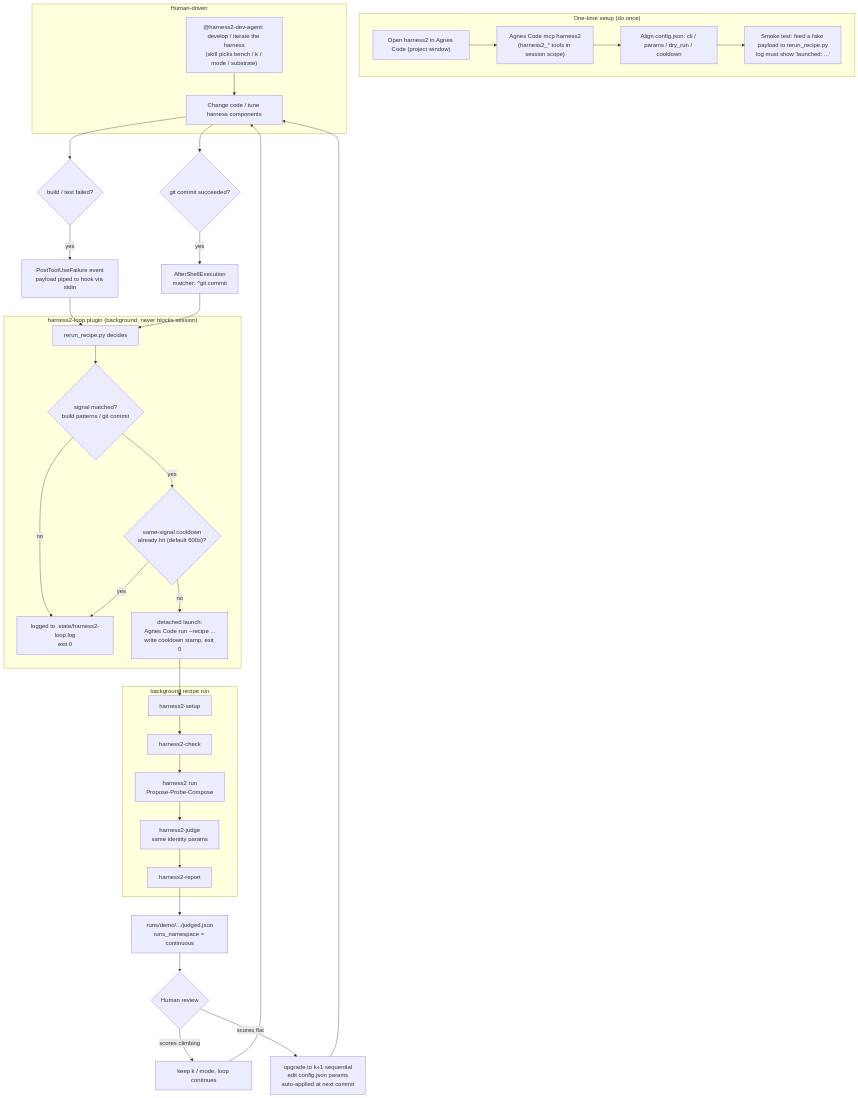
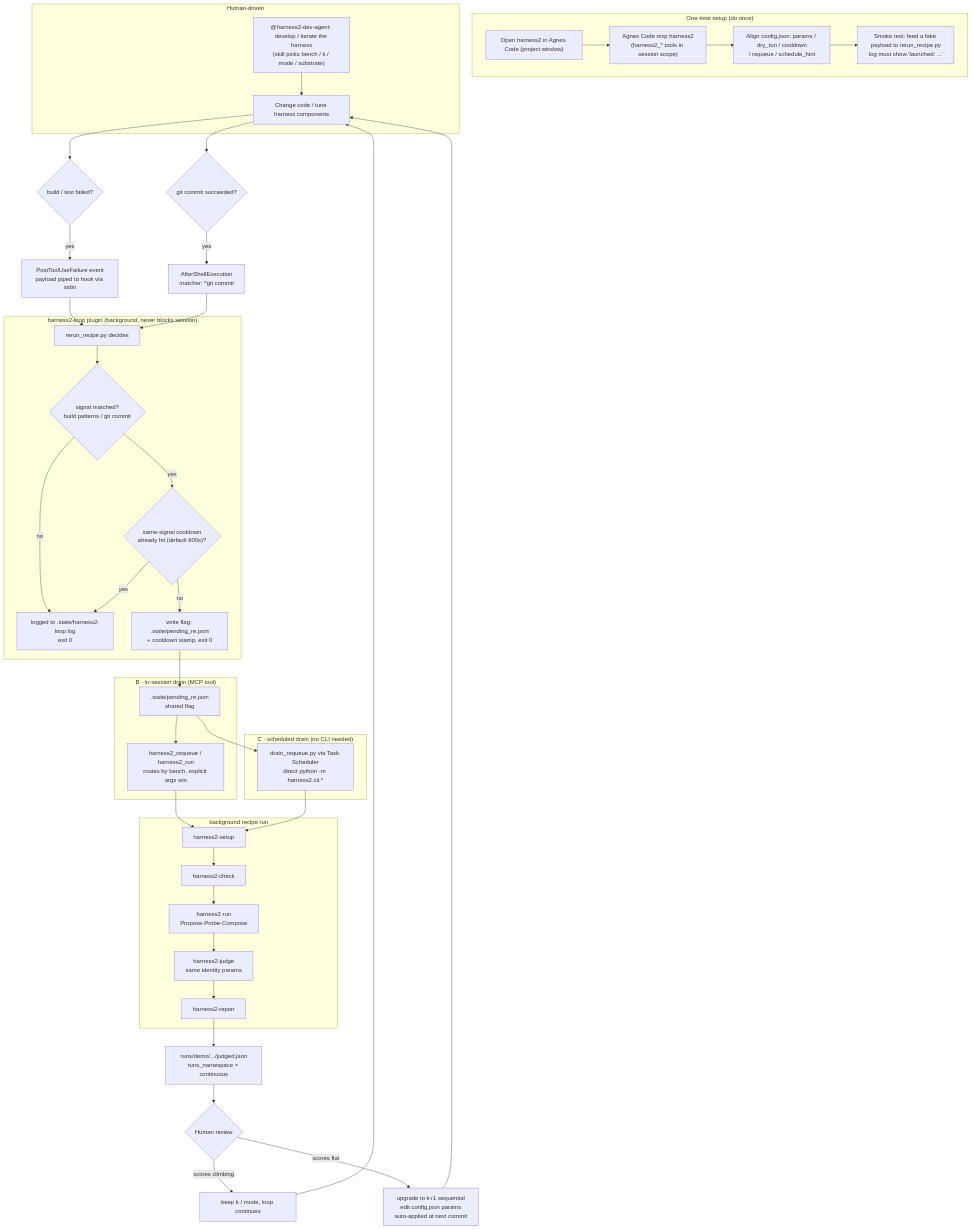
The first of 2 diagrams in .Agnes Code/plugins/harness2-loop/README.md (Chun-Chieh-Chang/harness2-mcp), drawn with Mermaid before and after one commit. The commit also changed other lines of this file and 6 other files, not shown here.

````diff
--- a/.Agnes Code/plugins/harness2-loop/README.md
+++ b/.Agnes Code/plugins/harness2-loop/README.md
@@ -65,40 +81,49 @@
 ```mermaid
 flowchart TD
     subgraph once["One-time setup (do once)"]
         A1["Open harness2 in Agnes Code (project window)"] --> A2["Agnes Code mcp harness2<br/>(harness2_* tools in session scope)"]
-        A2 --> A3["Align config.json: cli / params / dry_run / cooldown"]
+        A2 --> A3["Align config.json: params / dry_run / cooldown<br/>/ requeue / schedule_hint"]
         A3 --> A4["Smoke test: feed a fake payload to rerun_recipe.py<br/>log must show 'launched: ...'"]
     end
 
     subgraph human["Human-driven"]
         H1["@harness2-dev-agent: develop / iterate the harness<br/>(skill picks bench / k / mode / substrate)"] --> H2["Change code / tune harness components"]
     end
 
     H2 --> E1{"build / test failed?"}
     H2 --> E2{"git commit succeeded?"}
     E1 -- yes --> F1["PostToolUseFailure event<br/>payload piped to hook via stdin"]
     E2 -- yes --> F2["AfterShellExecution<br/>matcher: ^git commit"]
 
     F1 --> G0
     F2 --> G0
     subgraph hook["harness2-loop plugin (background, never blocks session)"]
         G0["rerun_recipe.py decides"] --> G1{"signal matched?<br/>build patterns / git commit"}
         G1 -- no --> S1["logged to .state/harness2-loop.log<br/>exit 0"]
         G1 -- yes --> G2{"same-signal cooldown<br/>already hit (default 600s)?"}
         G2 -- yes --> S1
-        G2 -- no --> G3["detached launch:<br/>Agnes Code run --recipe ...<br/>write cooldown stamp, exit 0"]
+        G2 -- no --> G3["write flag: .state/pending_re.json<br/>+ cooldown stamp, exit 0"]
     end
 
+    G3 --> P1[.state/pending_re.json<br/>shared flag]
+    subgraph drainB["B · in-session drain (MCP tool)"]
+        P1 --> B1["harness2_requeue / harness2_run<br/>routes by bench, explicit args win"]
+    end
+    subgraph drainC["C · scheduled drain (no CLI needed)"]
+        P1 --> C1["drain_requeue.py via Task Scheduler<br/>direct python -m harness2.cli.*"]
+    end
+    B1 --> R1
+    C1 --> R1
     subgraph recipe["background recipe run"]
-        G3 --> R1["harness2-setup"] --> R2["harness2-check"]
+        R1["harness2-setup"] --> R2["harness2-check"]
         R2 --> R3["harness2 run<br/>Propose-Probe-Compose"]
         R3 --> R4["harness2-judge<br/>same identity params"] --> R5["harness2-report"]
     end
 
     R5 --> O["runs/demo/.../judged.json<br/>runs_namespace = continuous"]
     O --> M{"Human review"}
     M -- "scores climbing" --> M1["keep k / mode, loop continues"]
     M -- "scores flat" --> M2["upgrade to k+1 sequential<br/>edit config.json params<br/>auto-applied at next commit"]
     M1 --> H2
     M2 --> H2
 ```
````
